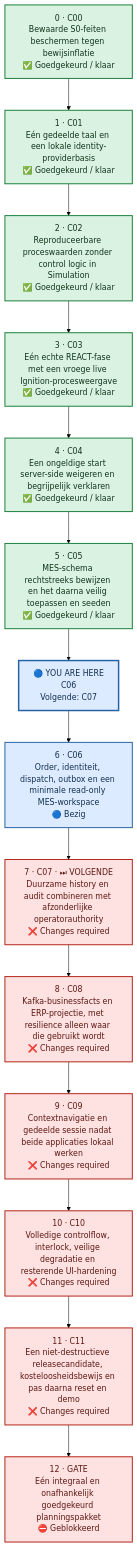
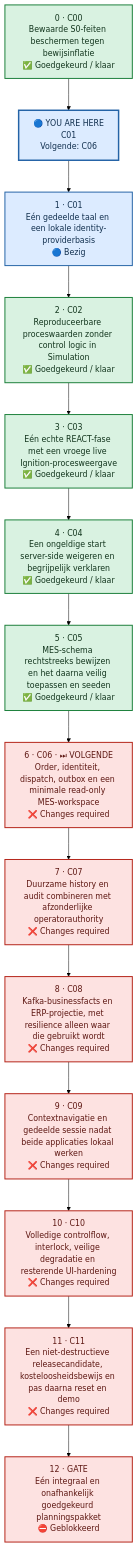
Before and after one commit to Jandesch91/n1-bioforge-requirements-cockpit: the diagram in chunks.mmd, drawn with Mermaid (forest theme). The commit also changed 3 other files, not shown here.

```diff
--- a/chunks.mmd
+++ b/chunks.mmd
@@ -1,39 +1,39 @@
 %%{init: {"flowchart": {"curve": "linear", "nodeSpacing": 55, "rankSpacing": 65, "htmlLabels": true}}}%%
 flowchart TB
     %% One vertical lane: order is explicit and no dependency arrows cross.
     chunk_0["0 · C00<br/>Bewaarde S0-feiten beschermen tegen bewijsinflatie<br/>✅ Goedgekeurd / klaar"]
-    chunk_1["1 · C01<br/>Eén gedeelde taal en een lokale identity-providerbasis<br/>✅ Goedgekeurd / klaar"]
+    chunk_1["1 · C01<br/>Eén gedeelde taal en een lokale identity-providerbasis<br/>🔵 Bezig"]
     chunk_2["2 · C02<br/>Reproduceerbare proceswaarden zonder control logic in Simulation<br/>✅ Goedgekeurd / klaar"]
     chunk_3["3 · C03<br/>Eén echte REACT-fase met een vroege live Ignition-procesweergave<br/>✅ Goedgekeurd / klaar"]
     chunk_4["4 · C04<br/>Een ongeldige start server-side weigeren en begrijpelijk verklaren<br/>✅ Goedgekeurd / klaar"]
     chunk_5["5 · C05<br/>MES-schema rechtstreeks bewijzen en het daarna veilig toepassen en seeden<br/>✅ Goedgekeurd / klaar"]
-    chunk_6["6 · C06<br/>Order, identiteit, dispatch, outbox en een minimale read-only MES-workspace<br/>🔵 Bezig"]
-    chunk_7["7 · C07 · ⏭ VOLGENDE<br/>Duurzame history en audit combineren met afzonderlijke operatorauthority<br/>❌ Changes required"]
+    chunk_6["6 · C06 · ⏭ VOLGENDE<br/>Order, identiteit, dispatch, outbox en een minimale read-only MES-workspace<br/>❌ Changes required"]
+    chunk_7["7 · C07<br/>Duurzame history en audit combineren met afzonderlijke operatorauthority<br/>❌ Changes required"]
     chunk_8["8 · C08<br/>Kafka-businessfacts en ERP-projectie, met resilience alleen waar die gebruikt wordt<br/>❌ Changes required"]
     chunk_9["9 · C09<br/>Contextnavigatie en gedeelde sessie nadat beide applicaties lokaal werken<br/>❌ Changes required"]
     chunk_10["10 · C10<br/>Volledige controlflow, interlock, veilige degradatie en resterende UI-hardening<br/>❌ Changes required"]
     chunk_11["11 · C11<br/>Een niet-destructieve releasecandidate, kosteloosheidsbewijs en pas daarna reset en demo<br/>❌ Changes required"]
     chunk_12["12 · GATE<br/>Eén integraal en onafhankelijk goedgekeurd planningspakket<br/>⛔ Geblokkeerd"]
-    current_marker["🔵 YOU ARE HERE<br/>C06<br/>Volgende: C07"]
-    chunk_0 --> chunk_1 --> chunk_2 --> chunk_3 --> chunk_4 --> chunk_5 --> current_marker --> chunk_6 --> chunk_7 --> chunk_8 --> chunk_9 --> chunk_10 --> chunk_11 --> chunk_12
+    current_marker["🔵 YOU ARE HERE<br/>C01<br/>Volgende: C06"]
+    chunk_0 --> current_marker --> chunk_1 --> chunk_2 --> chunk_3 --> chunk_4 --> chunk_5 --> chunk_6 --> chunk_7 --> chunk_8 --> chunk_9 --> chunk_10 --> chunk_11 --> chunk_12
     classDef approved fill:#D9F2E1,stroke:#1B7F3A,color:#12351D,stroke-width:2px
     classDef inprogress fill:#DCEBFF,stroke:#2463A6,color:#12304F,stroke-width:2px
     classDef human fill:#FFF2BF,stroke:#A66B00,color:#4D3300,stroke-width:2px
     classDef changes fill:#FDE2E1,stroke:#B42318,color:#5D1712,stroke-width:2px
     classDef blocked fill:#FDE2E1,stroke:#B42318,color:#5D1712,stroke-width:2px
     classDef notstarted fill:#F2F4F7,stroke:#667085,color:#344054,stroke-width:2px
     classDef current fill:#DCEBFF,stroke:#2463A6,color:#12304F,stroke-width:3px
     class chunk_0 approved
-    class chunk_1 approved
+    class chunk_1 inprogress
     class chunk_2 approved
     class chunk_3 approved
     class chunk_4 approved
     class chunk_5 approved
-    class chunk_6 inprogress
+    class chunk_6 changes
     class chunk_7 changes
     class chunk_8 changes
     class chunk_9 changes
     class chunk_10 changes
     class chunk_11 changes
     class chunk_12 blocked
     class current_marker current
```
